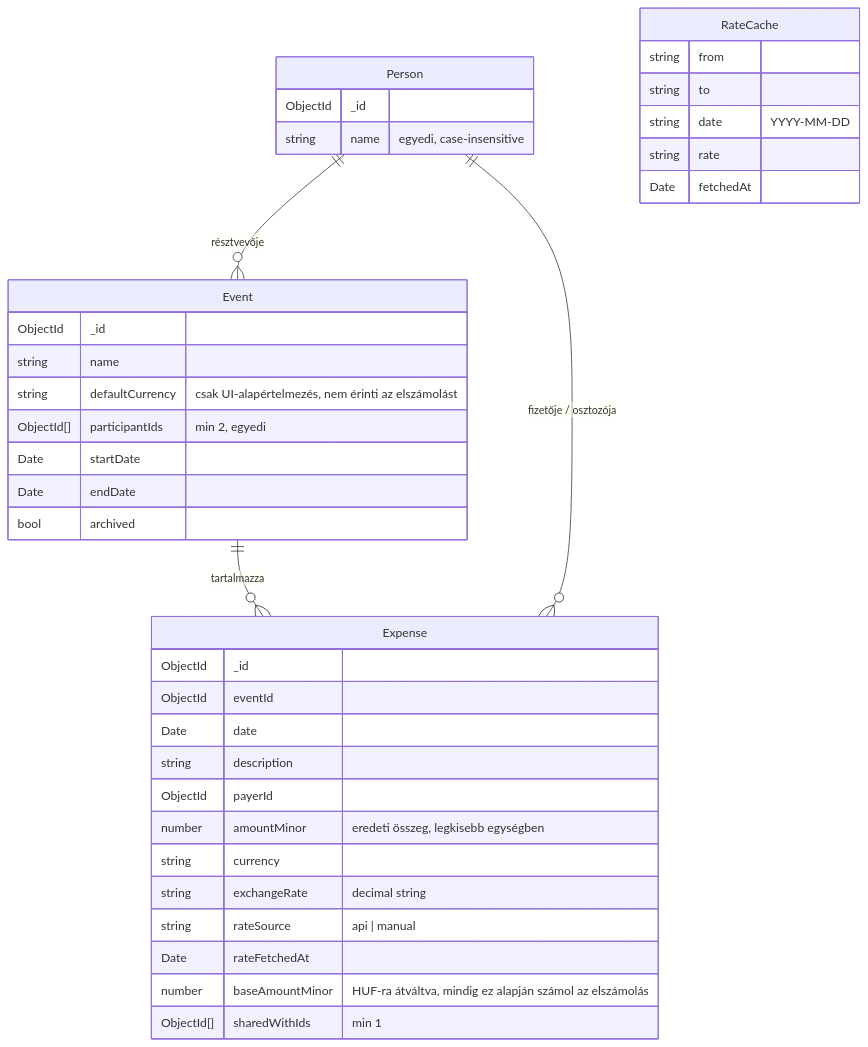
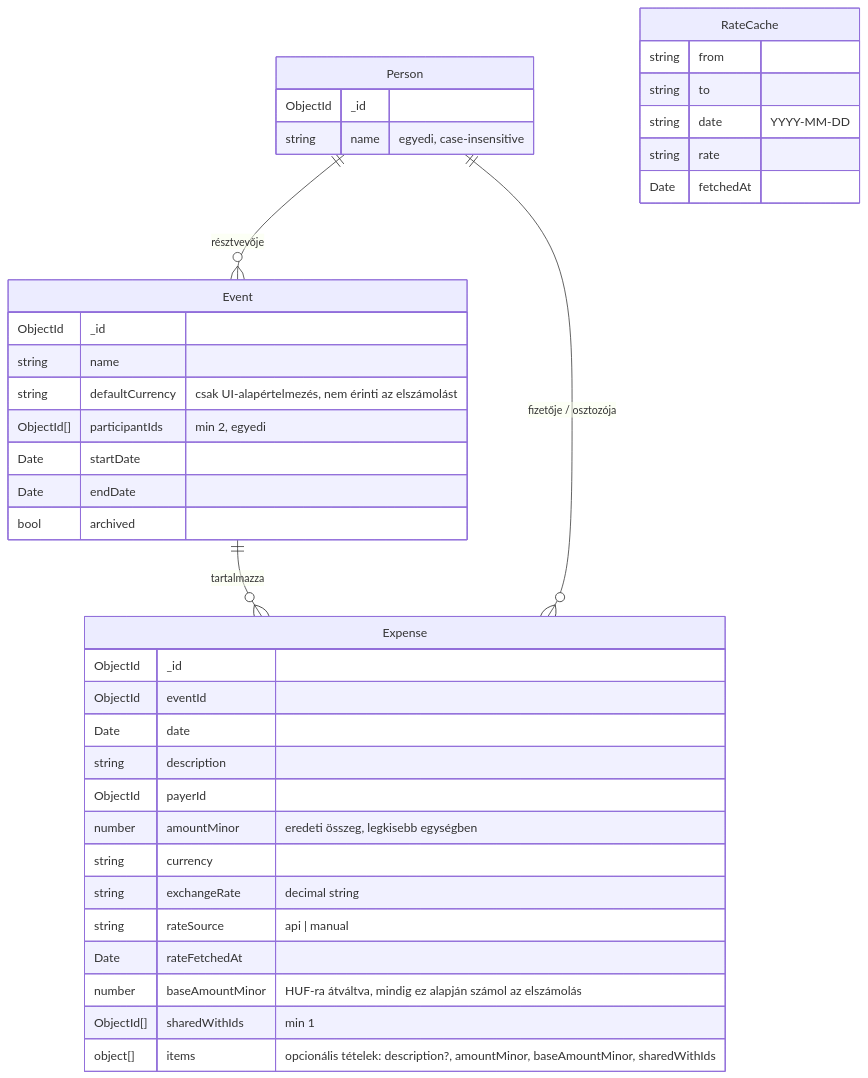
Before and after one commit to SunyiUborka/penny: the second of 4 diagrams in docs/ARCHITECTURE.md, drawn with Mermaid. The commit also changed other lines of this file, not shown here.

````diff
--- a/docs/ARCHITECTURE.md
+++ b/docs/ARCHITECTURE.md
@@ -94,40 +94,41 @@
 ```mermaid
 erDiagram
     Person {
         ObjectId _id
         string name "egyedi, case-insensitive"
     }
     Event {
         ObjectId _id
         string name
         string defaultCurrency "csak UI-alapértelmezés, nem érinti az elszámolást"
         ObjectId[] participantIds "min 2, egyedi"
         Date startDate
         Date endDate
         bool archived
     }
     Expense {
         ObjectId _id
         ObjectId eventId
         Date date
         string description
         ObjectId payerId
         number amountMinor "eredeti összeg, legkisebb egységben"
         string currency
         string exchangeRate "decimal string"
         string rateSource "api | manual"
         Date rateFetchedAt
         number baseAmountMinor "HUF-ra átváltva, mindig ez alapján számol az elszámolás"
         ObjectId[] sharedWithIds "min 1"
+        object[] items "opcionális tételek: description?, amountMinor, baseAmountMinor, sharedWithIds"
     }
     RateCache {
         string from
         string to
         string date "YYYY-MM-DD"
         string rate
         Date fetchedAt
     }
     Event ||--o{ Expense : "tartalmazza"
     Person ||--o{ Event : "résztvevője"
     Person ||--o{ Expense : "fizetője / osztozója"
 ```
````
